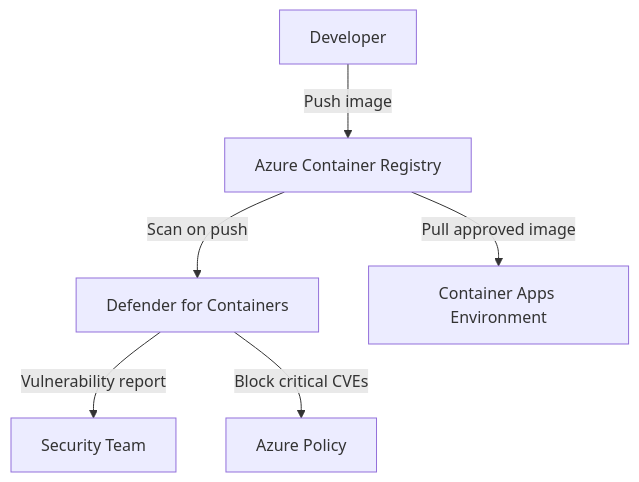
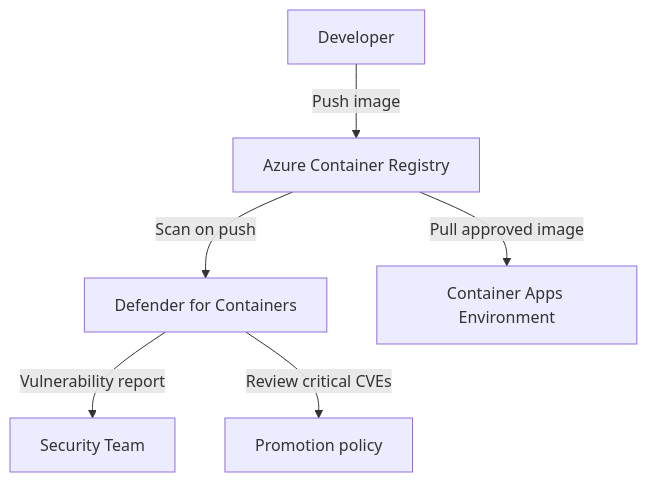
Before and after one commit to yeongseon/azure-container-apps-practical-guide: the fifth of 6 diagrams in docs/platform/security/index.md, drawn with Mermaid. The commit also changed other lines of this file and 3 other files, not shown here.

First line of the commit message:
docs(diagrams): migrate the Container Apps network isolation and no-ingress diagrams (#595)

````diff
--- a/docs/platform/security/index.md
+++ b/docs/platform/security/index.md
@@ -291,8 +332,8 @@
 ```mermaid
 flowchart TD
     DEV[Developer] -- "Push image" --> ACR[Azure Container Registry]
     ACR -- "Scan on push" --> DEF[Defender for Containers]
     DEF -- "Vulnerability report" --> SEC[Security Team]
-    DEF -- "Block critical CVEs" --> POL[Azure Policy]
+    DEF -- "Review critical CVEs" --> POL[Promotion policy]
     ACR -- "Pull approved image" --> ENV[Container Apps Environment]
 ```
````
